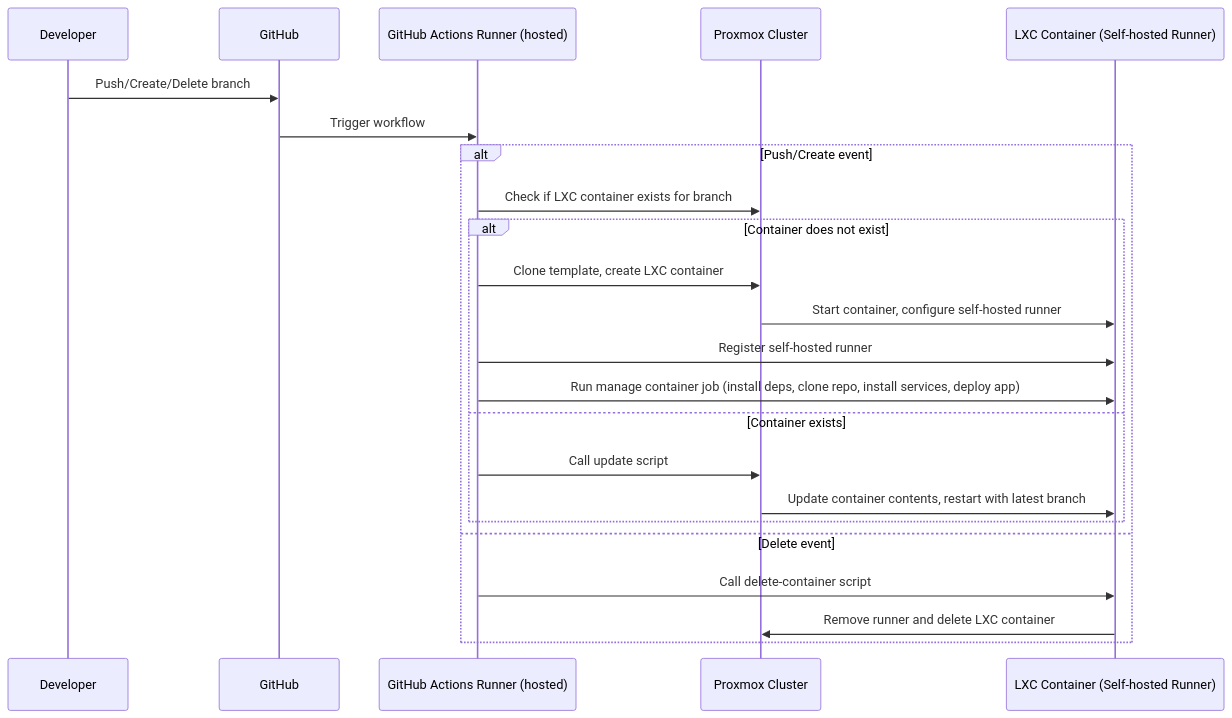
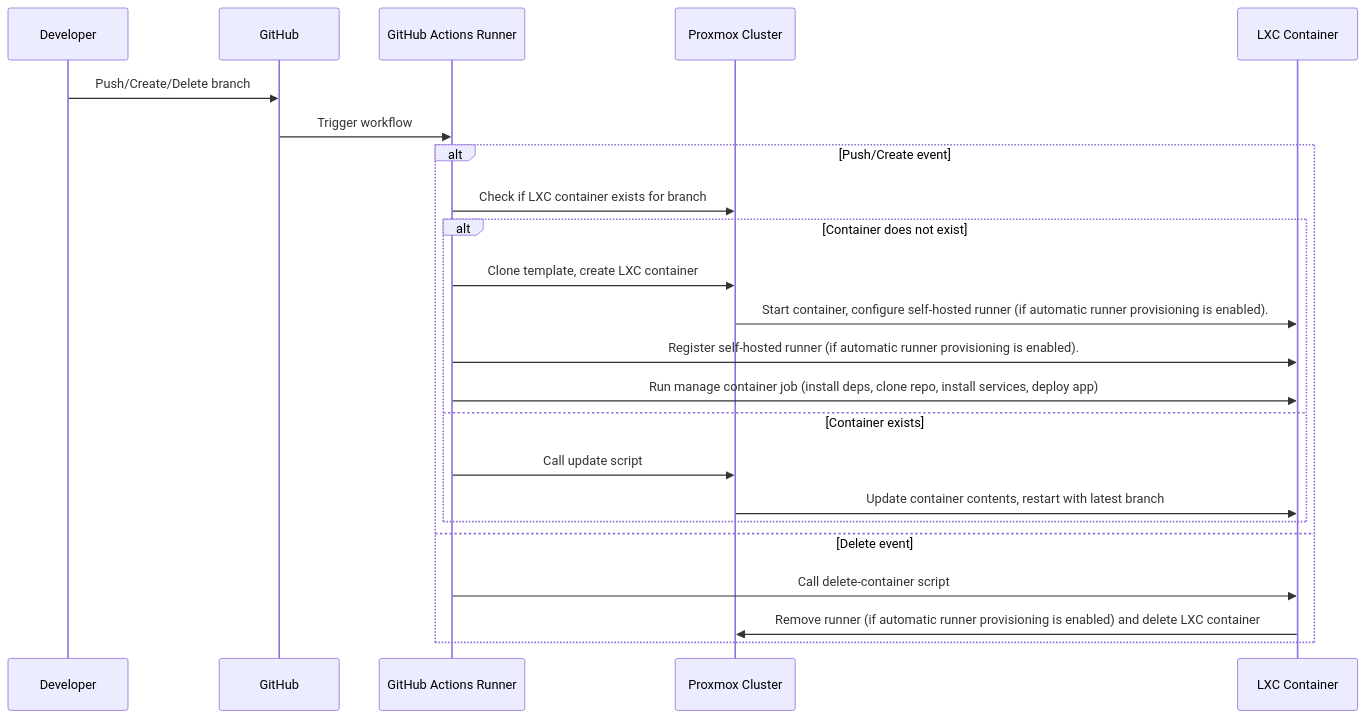
The diagram in README.md (maxklema/mie-opensource-action), drawn with Mermaid before and after one commit. The commit also changed other lines of this file, not shown here.

Commit message:
Updated README with clarification on runner use

````diff
--- a/README.md
+++ b/README.md
@@ -38,27 +52,27 @@
 ```mermaid
 sequenceDiagram
     participant Dev as Developer
     participant GH as GitHub
-    participant GHAR as GitHub Actions Runner (hosted)
+    participant GHAR as GitHub Actions Runner
     participant Prox as Proxmox Cluster
-    participant LXC as LXC Container (Self-hosted Runner)
+    participant LXC as LXC Container
 
     Dev->>GH: Push/Create/Delete branch
     GH->>GHAR: Trigger workflow
 
     alt Push/Create event
         GHAR->>Prox: Check if LXC container exists for branch
         alt Container does not exist
             GHAR->>Prox: Clone template, create LXC container
-            Prox->>LXC: Start container, configure self-hosted runner
-            GHAR->>LXC: Register self-hosted runner
+            Prox->>LXC: Start container, configure self-hosted runner (if automatic runner provisioning is enabled).
+            GHAR->>LXC: Register self-hosted runner (if automatic runner provisioning is enabled).
             GHAR->>LXC: Run manage container job (install deps, clone repo, install services, deploy app)
         else Container exists
             GHAR->>Prox: Call update script
             Prox->>LXC: Update container contents, restart with latest branch
         end
     else Delete event
         GHAR->>LXC: Call delete-container script
-        LXC->>Prox: Remove runner and delete LXC container
-    end
+        LXC->>Prox: Remove runner (if automatic runner provisioning is enabled) and delete LXC container
+    end                  
 ```
````
